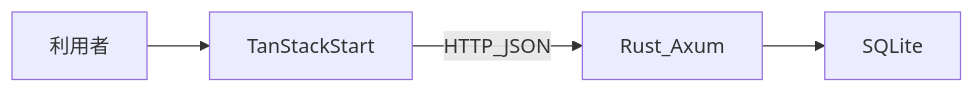
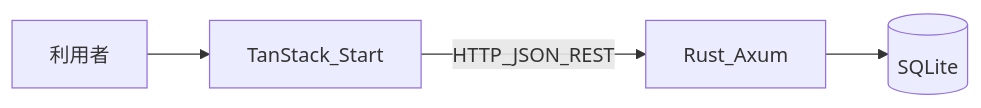
The first of 3 diagrams in README.md (rikuto-web/recipe-app), drawn with Mermaid before and after one commit. The commit also changed other lines of this file and 2 other files, not shown here.

````diff
--- a/README.md
+++ b/README.md
@@ -70,6 +79,6 @@
 ```mermaid
 flowchart LR
-  User[利用者] --> FE[TanStackStart]
-  FE -->|HTTP_JSON| API[Rust_Axum]
-  API --> DB[SQLite]
+  User[利用者] --> FE[TanStack_Start]
+  FE -->|HTTP_JSON_REST| API[Rust_Axum]
+  API --> DB[(SQLite)]
 ```
````
